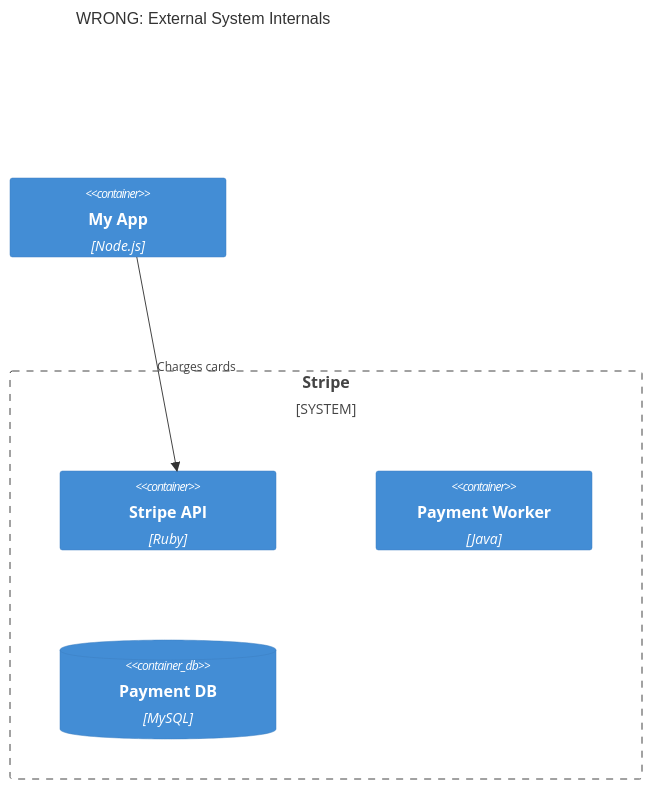
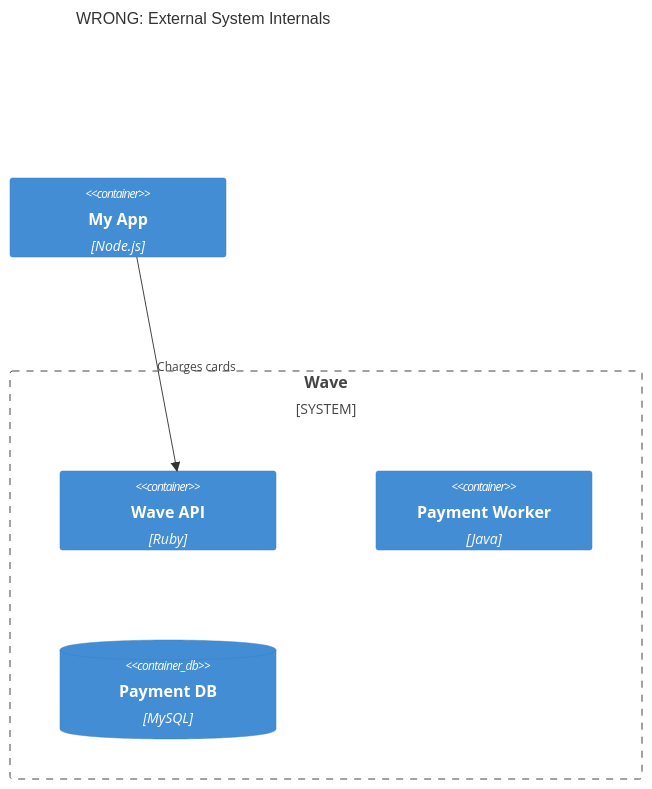
Before and after one commit to krsidoine7-svg/Ofika-c: the eighth of 11 diagrams in .skills/skills Agents/skill-mermaidH/references/c4/common-mistakes.md, drawn with Mermaid. The commit also changed other lines of this file and 424 other files, not shown here.

````diff
--- a/.skills/skills Agents/skill-mermaidH/references/c4/common-mistakes.md
+++ b/.skills/skills Agents/skill-mermaidH/references/c4/common-mistakes.md
@@ -176,14 +176,14 @@
 ```mermaid
 C4Container
   title WRONG: External System Internals
 
   Container(myApp, "My App", "Node.js")
 
-  System_Boundary(stripe, "Stripe") {
-    Container(stripeApi, "Stripe API", "Ruby")
-    Container(stripeWorker, "Payment Worker", "Java")
-    ContainerDb(stripeDb, "Payment DB", "MySQL")
+  System_Boundary(Wave, "Wave") {
+    Container(WaveApi, "Wave API", "Ruby")
+    Container(WaveWorker, "Payment Worker", "Java")
+    ContainerDb(WaveDb, "Payment DB", "MySQL")
   }
 
-  Rel(myApp, stripeApi, "Charges cards")
+  Rel(myApp, WaveApi, "Charges cards")
 ```
````
